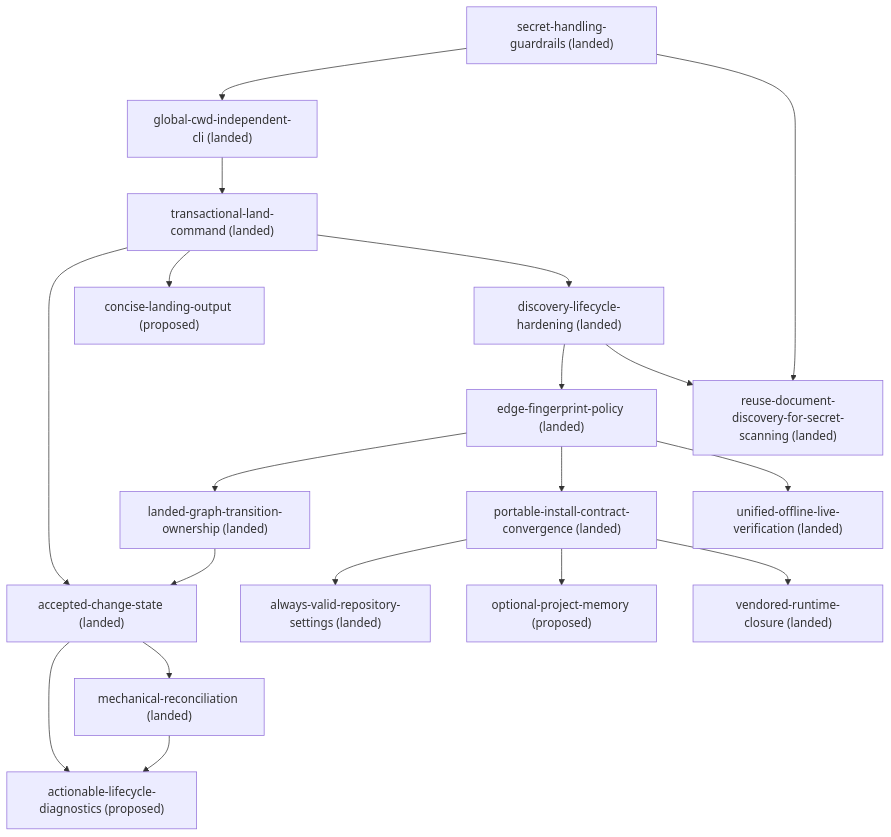
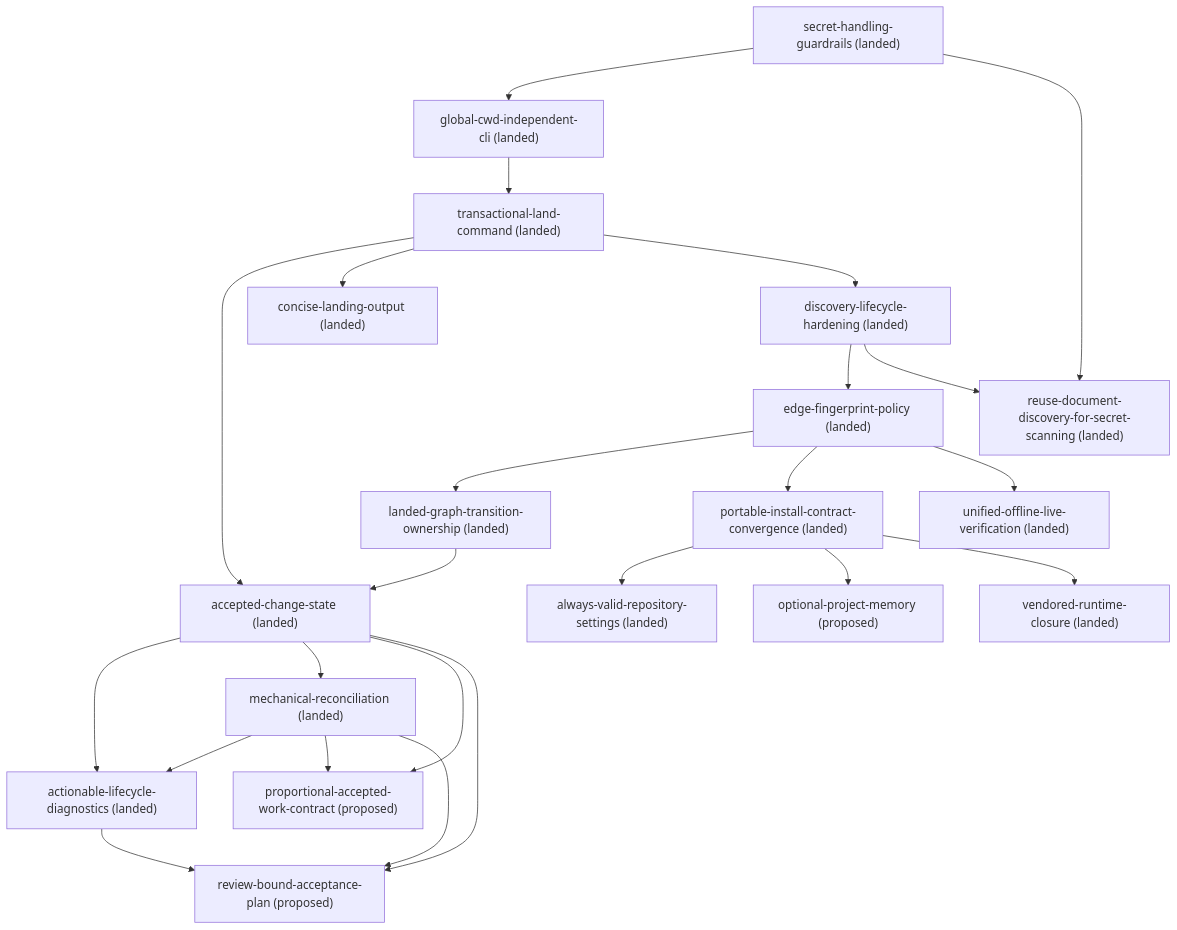
The diagram in docs/roadmap.md (kli66/doc-contract), drawn with Mermaid before and after one commit. The commit also changed other lines of this file and 15 other files, not shown here.

Commit message:
feat: improve lifecycle and landing output

````diff
--- a/docs/roadmap.md
+++ b/docs/roadmap.md
@@ -50,37 +52,44 @@
 ```mermaid
 flowchart TD
     accepted_change_state["accepted-change-state (landed)"]
-    actionable_lifecycle_diagnostics["actionable-lifecycle-diagnostics (proposed)"]
+    actionable_lifecycle_diagnostics["actionable-lifecycle-diagnostics (landed)"]
     always_valid_repository_settings["always-valid-repository-settings (landed)"]
-    concise_landing_output["concise-landing-output (proposed)"]
+    concise_landing_output["concise-landing-output (landed)"]
     discovery_lifecycle_hardening["discovery-lifecycle-hardening (landed)"]
     edge_fingerprint_policy["edge-fingerprint-policy (landed)"]
     global_cwd_independent_cli["global-cwd-independent-cli (landed)"]
     landed_graph_transition_ownership["landed-graph-transition-ownership (landed)"]
     mechanical_reconciliation["mechanical-reconciliation (landed)"]
     optional_project_memory["optional-project-memory (proposed)"]
     portable_install_contract_convergence["portable-install-contract-convergence (landed)"]
+    proportional_accepted_work_contract["proportional-accepted-work-contract (proposed)"]
     reuse_document_discovery_for_secret_scanning["reuse-document-discovery-for-secret-scanning (landed)"]
+    review_bound_acceptance_plan["review-bound-acceptance-plan (proposed)"]
     secret_handling_guardrails["secret-handling-guardrails (landed)"]
     transactional_land_command["transactional-land-command (landed)"]
     unified_offline_live_verification["unified-offline-live-verification (landed)"]
     vendored_runtime_closure["vendored-runtime-closure (landed)"]
     accepted_change_state --> actionable_lifecycle_diagnostics
     accepted_change_state --> mechanical_reconciliation
+    accepted_change_state --> proportional_accepted_work_contract
+    accepted_change_state --> review_bound_acceptance_plan
+    actionable_lifecycle_diagnostics --> review_bound_acceptance_plan
     discovery_lifecycle_hardening --> edge_fingerprint_policy
     discovery_lifecycle_hardening --> reuse_document_discovery_for_secret_scanning
     edge_fingerprint_policy --> landed_graph_transition_ownership
     edge_fingerprint_policy --> portable_install_contract_convergence
     edge_fingerprint_policy --> unified_offline_live_verification
     global_cwd_independent_cli --> transactional_land_command
     landed_graph_transition_ownership --> accepted_change_state
     mechanical_reconciliation --> actionable_lifecycle_diagnostics
+    mechanical_reconciliation --> proportional_accepted_work_contract
+    mechanical_reconciliation --> review_bound_acceptance_plan
     portable_install_contract_convergence --> always_valid_repository_settings
     portable_install_contract_convergence --> optional_project_memory
     portable_install_contract_convergence --> vendored_runtime_closure
     secret_handling_guardrails --> global_cwd_independent_cli
     secret_handling_guardrails --> reuse_document_discovery_for_secret_scanning
     transactional_land_command --> accepted_change_state
     transactional_land_command --> concise_landing_output
     transactional_land_command --> discovery_lifecycle_hardening
 ```
````
